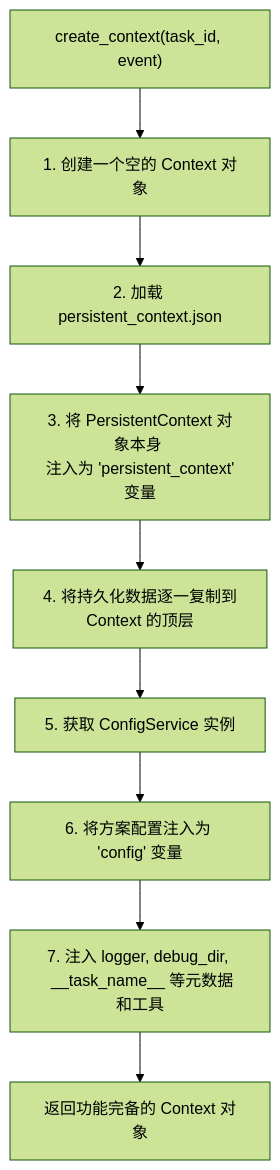
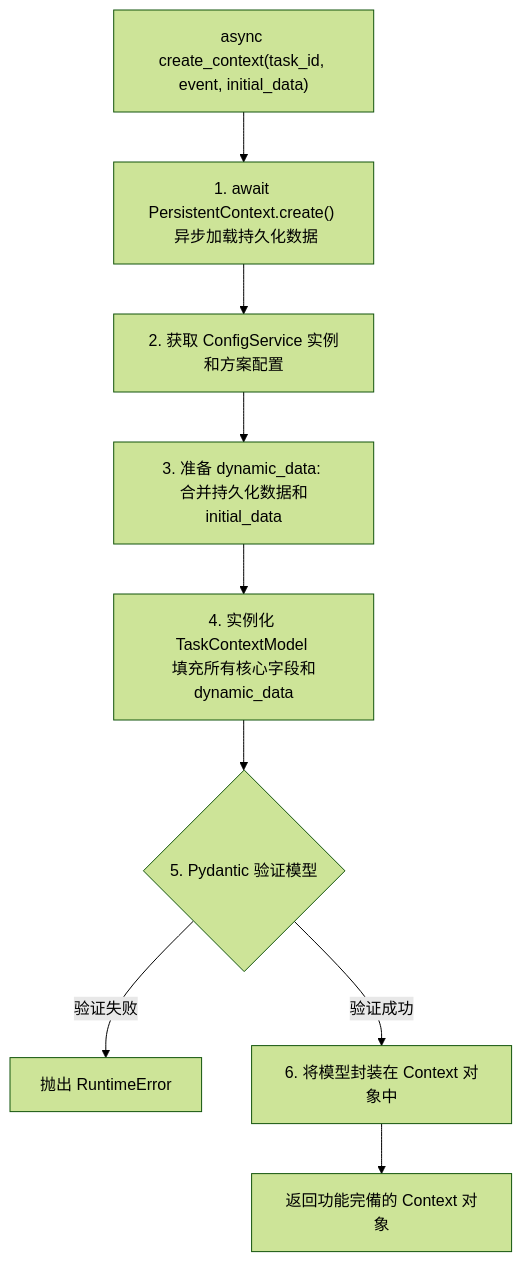
The second of 2 diagrams in readme/core_doc/context_manager.md (nightofknife/aura-framework), drawn with Mermaid (forest theme) before and after one commit. The commit also changed other lines of this file and 22 other files, not shown here.

````diff
--- a/readme/core_doc/context_manager.md
+++ b/readme/core_doc/context_manager.md
@@ -79,11 +84,11 @@
 ```mermaid
 flowchart TD
-    Start["create_context(task_id, event)"] --> A["1. 创建一个空的 Context 对象"];
-    A --> B["2. 加载 persistent_context.json"];
-    B --> C["3. 将 PersistentContext 对象本身 <br> 注入为 'persistent_context' 变量"];
-    C --> D["4. 将持久化数据逐一复制到 <br> Context 的顶层"];
-    D --> E["5. 获取 ConfigService 实例"];
-    E --> F["6. 将方案配置注入为 'config' 变量"];
-    F --> G["7. 注入 logger, debug_dir, <br> __task_name__ 等元数据和工具"];
-    G --> End["返回功能完备的 Context 对象"];
+    Start["async create_context(task_id, event, initial_data)"] --> A["1. await PersistentContext.create() <br> 异步加载持久化数据"];
+    A --> B["2. 获取 ConfigService 实例和方案配置"];
+    B --> C["3. 准备 dynamic_data: <br> 合并持久化数据和 initial_data"];
+    C --> D["4. 实例化 TaskContextModel <br> 填充所有核心字段和 dynamic_data"];
+    D --> E{"5. Pydantic 验证模型"};
+    E -- "验证失败" --> F["抛出 RuntimeError"];
+    E -- "验证成功" --> G["6. 将模型封装在 Context 对象中"];
+    G --> End["返回功能完備的 Context 对象"];
 ```
````
